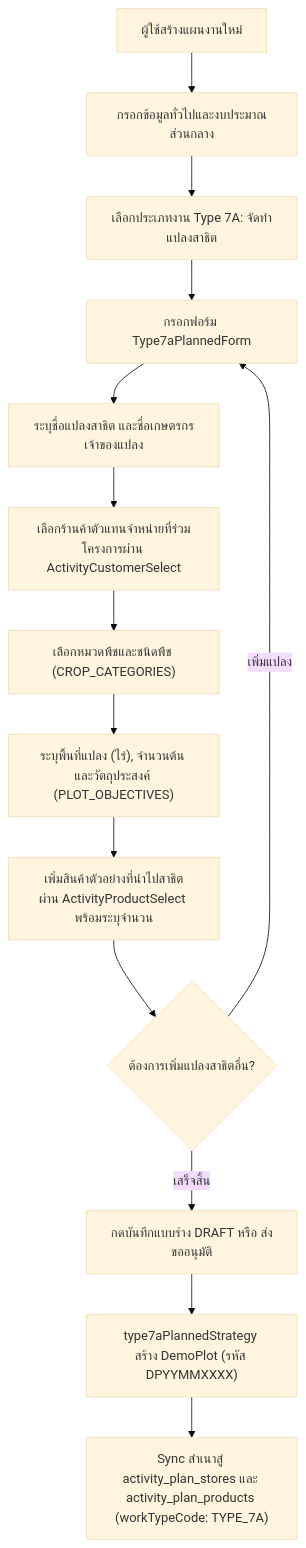
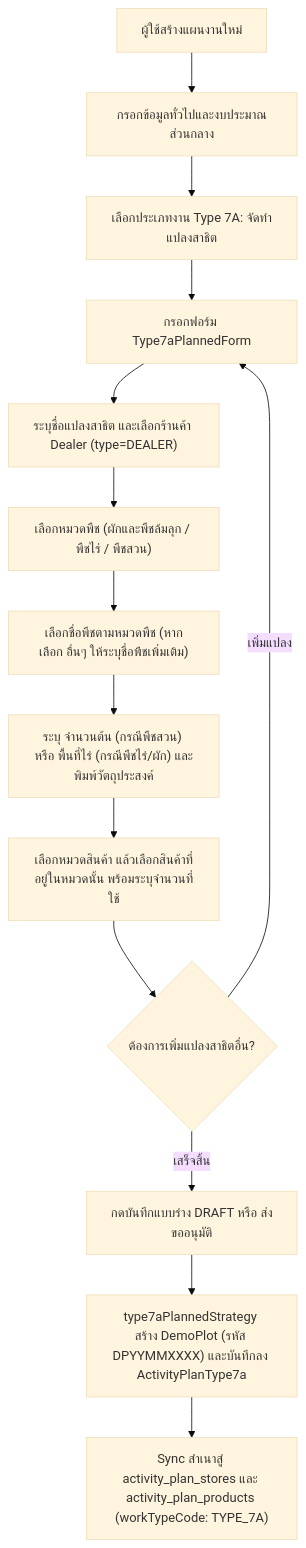
Before and after one commit to bankhk10/crm-bank: the first of 3 diagrams in modules/activity/features/type-7a/README.md, drawn with Mermaid (base theme). The commit also changed other lines of this file, not shown here.

````diff
--- a/modules/activity/features/type-7a/README.md
+++ b/modules/activity/features/type-7a/README.md
@@ -53,16 +60,16 @@
 ```mermaid
 graph TD
     A["ผู้ใช้สร้างแผนงานใหม่"] --> B["กรอกข้อมูลทั่วไปและงบประมาณส่วนกลาง"]
     B --> C["เลือกประเภทงาน Type 7A: จัดทำแปลงสาธิต"]
     C --> D["กรอกฟอร์ม Type7aPlannedForm"]
-    D --> E["ระบุชื่อแปลงสาธิต และชื่อเกษตรกรเจ้าของแปลง"]
-    E --> F["เลือกร้านค้าตัวแทนจำหน่ายที่ร่วมโครงการผ่าน ActivityCustomerSelect"]
-    F --> G["เลือกหมวดพืชและชนิดพืช (CROP_CATEGORIES)"]
-    G --> H["ระบุพื้นที่แปลง (ไร่), จำนวนต้น และวัตถุประสงค์ (PLOT_OBJECTIVES)"]
-    H --> I["เพิ่มสินค้าตัวอย่างที่นำไปสาธิตผ่าน ActivityProductSelect พร้อมระบุจำนวน"]
+    D --> E["ระบุชื่อแปลงสาธิต และเลือกร้านค้า Dealer (type=DEALER)"]
+    E --> F["เลือกหมวดพืช (ผักและพืชล้มลุก / พืชไร่ / พืชสวน)"]
+    F --> G["เลือกชื่อพืชตามหมวดพืช (หากเลือก อื่นๆ ให้ระบุชื่อพืชเพิ่มเติม)"]
+    G --> H["ระบุ จำนวนต้น (กรณีพืชสวน) หรือ พื้นที่ไร่ (กรณีพืชไร่/ผัก) และพิมพ์วัตถุประสงค์"]
+    H --> I["เลือกหมวดสินค้า แล้วเลือกสินค้าที่อยู่ในหมวดนั้น พร้อมระบุจำนวนที่ใช้"]
     I --> J{"ต้องการเพิ่มแปลงสาธิตอื่น?"}
     J -->|"เพิ่มแปลง"| D
     J -->|"เสร็จสิ้น"| K["กดบันทึกแบบร่าง DRAFT หรือ ส่งขออนุมัติ"]
-    K --> L["type7aPlannedStrategy สร้าง DemoPlot (รหัส DPYYMMXXXX)"]
+    K --> L["type7aPlannedStrategy สร้าง DemoPlot (รหัส DPYYMMXXXX) และบันทึกลง ActivityPlanType7a"]
     L --> M["Sync สำเนาสู่ activity_plan_stores และ activity_plan_products (workTypeCode: TYPE_7A)"]
 ```
````
